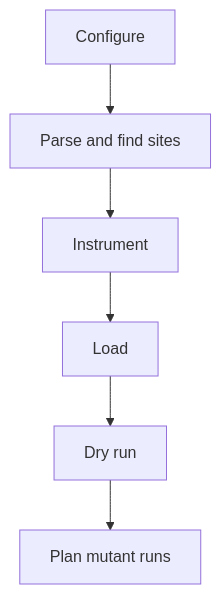
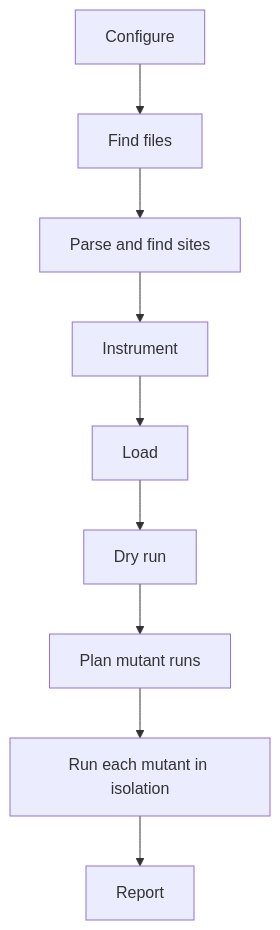
One commit to setdef/stryker_for_ruby changed the first of 3 diagrams in docs/contributors/design/architecture.md. Above: the diagram before and after it, drawn with Mermaid. The commit also changed other lines of this file and 14 other files, not shown here.

````diff
--- a/docs/contributors/design/architecture.md
+++ b/docs/contributors/design/architecture.md
@@ -11,8 +11,11 @@
 ```mermaid
 flowchart TB
-  C["Configure"] --> P["Parse and find sites"]
+  C["Configure"] --> F["Find files"]
+  F --> P["Parse and find sites"]
   P --> I["Instrument"]
   I --> L["Load"]
   L --> D["Dry run"]
   D --> PL["Plan mutant runs"]
+  PL --> R["Run each mutant in isolation"]
+  R --> RE["Report"]
 ```
````
